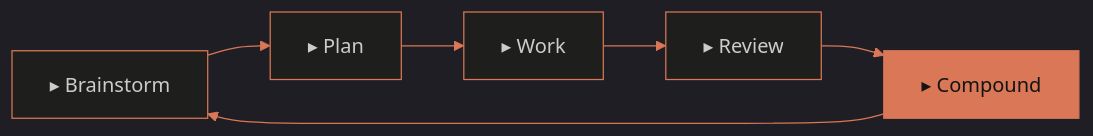
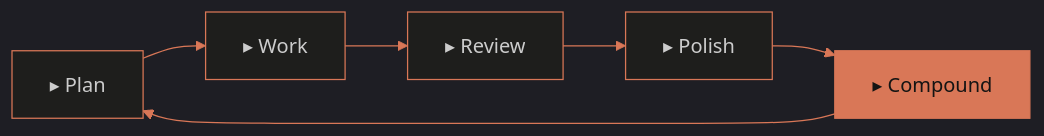
One commit to Lingelo/compound-engineering changed the diagram in images/boucle.mmd. Above: the diagram before and after it, drawn with Mermaid. The commit also changed 4 other files, not shown here.

```diff
--- a/images/boucle.mmd
+++ b/images/boucle.mmd
@@ -1,9 +1,9 @@
 %%{init: {'theme': 'dark', 'themeVariables': {'primaryColor': '#d97757', 'primaryTextColor': '#e8e6dc', 'primaryBorderColor': '#d97757', 'lineColor': '#d97757', 'secondaryColor': '#1e1e1c', 'tertiaryColor': '#141413', 'background': '#141413', 'mainBkg': '#1e1e1c', 'nodeBorder': '#d97757', 'clusterBkg': '#141413', 'titleColor': '#e8e6dc', 'edgeLabelBackground': '#141413'}}}%%
 graph LR
-    B["▸ Brainstorm"] --> P["▸ Plan"]
-    P --> W["▸ Work"]
+    P["▸ Plan"] --> W["▸ Work"]
     W --> R["▸ Review"]
-    R --> C["▸ Compound"]
-    C --> B
+    R --> Po["▸ Polish"]
+    Po --> C["▸ Compound"]
+    C --> P
 
     style C fill:#d97757,stroke:#d97757,color:#141413
```
